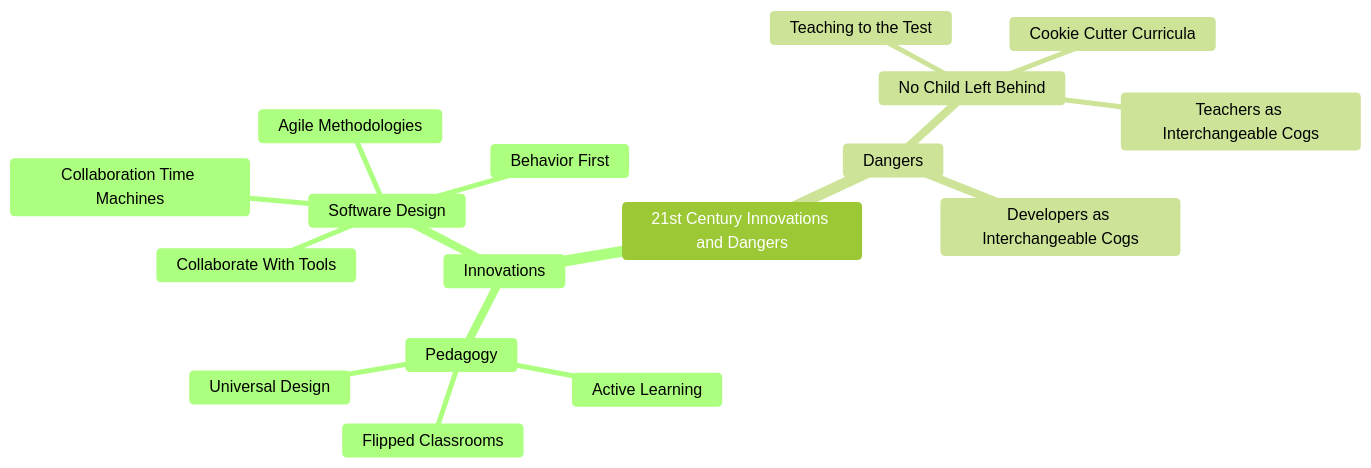
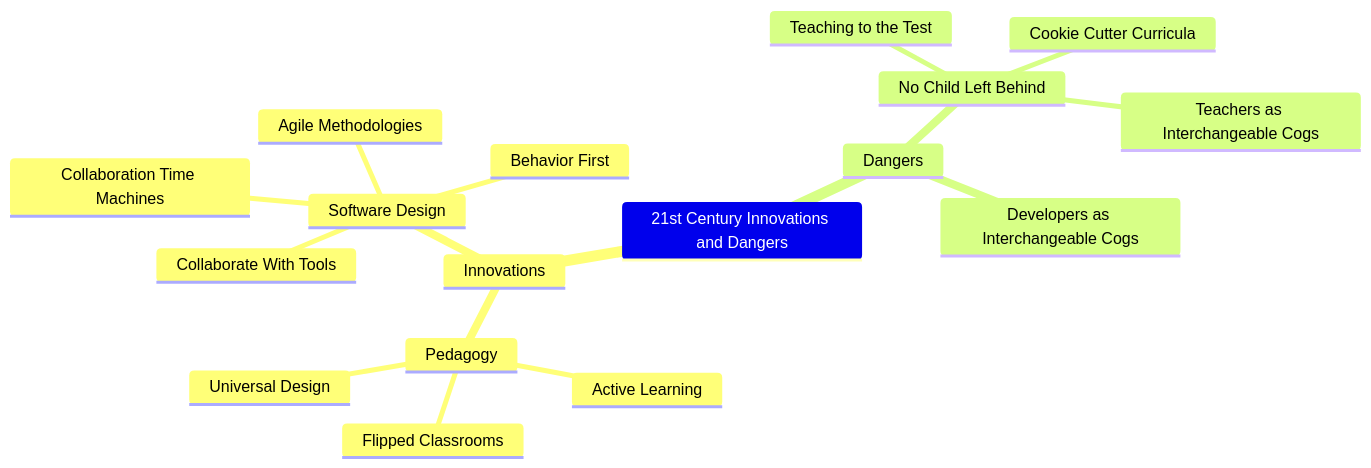
One commit to marshallflax/vision changed the first of 4 diagrams in README.md. Above: the diagram before and after it, drawn with Mermaid. The commit also changed other lines of this file, not shown here.

````diff
--- a/README.md
+++ b/README.md
@@ -5,22 +5,20 @@
 ```mermaid
-%%{init: {'theme':'forest'}}%%
-
 mindmap
  21st Century Innovations and Dangers
   Innovations
    Pedagogy
     Active Learning
     Flipped Classrooms
     Universal Design
    Software Design
     Agile Methodologies
     Collaboration Time Machines
     Behavior First
     Collaborate With Tools
   Dangers
    No Child Left Behind
     Teaching to the Test
     Cookie Cutter Curricula 
     Teachers as Interchangeable Cogs
    Developers as Interchangeable Cogs
 ```
````
